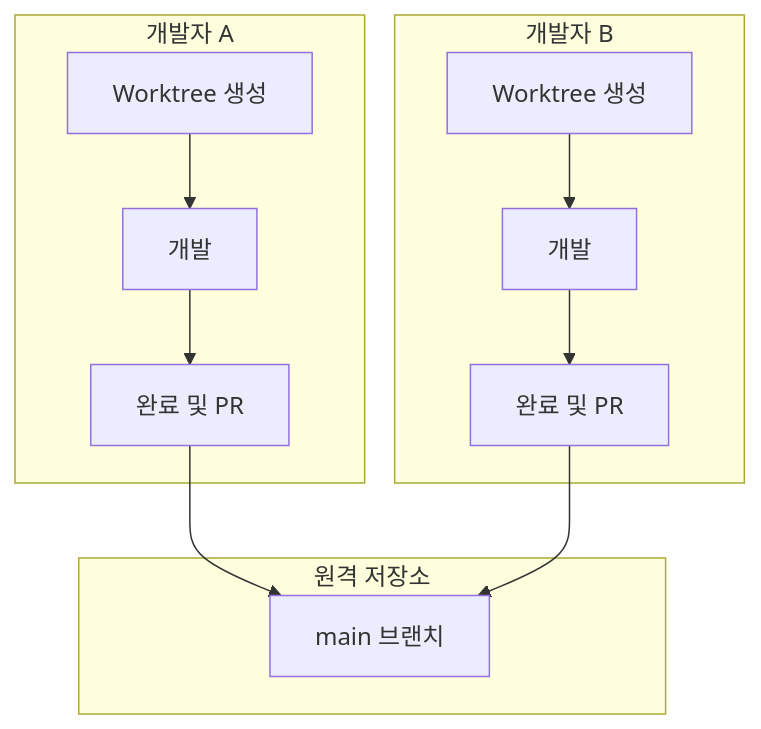
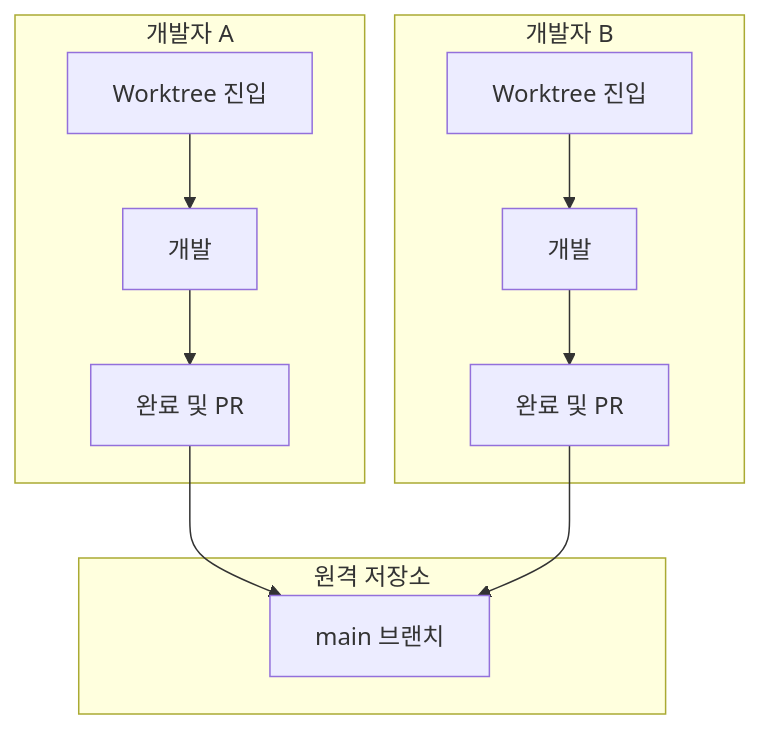
Before and after one commit to modu-ai/moai-adk: the ninth of 9 diagrams in docs-site/content/ko/worktree/faq.md, drawn with Mermaid. The commit also changed other lines of this file and 35 other files, not shown here.

````diff
--- a/docs-site/content/ko/worktree/faq.md
+++ b/docs-site/content/ko/worktree/faq.md
@@ -489,21 +558,21 @@
 ```mermaid
 graph TB
     subgraph DevA["개발자 A"]
-        A1[Worktree 생성]
+        A1[Worktree 진입]
         A2[개발]
         A3[완료 및 PR]
     end
 
     subgraph DevB["개발자 B"]
-        B1[Worktree 생성]
+        B1[Worktree 진입]
         B2[개발]
         B3[완료 및 PR]
     end
 
     subgraph Remote["원격 저장소"]
         R[main 브랜치]
     end
 
     A1 --> A2 --> A3 --> R
     B1 --> B2 --> B3 --> R
 ```
````
